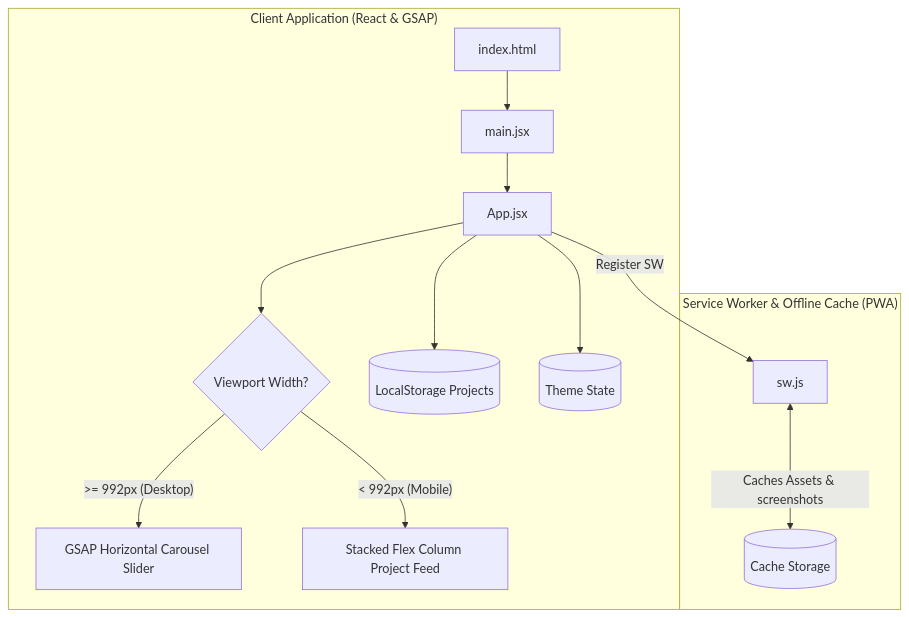
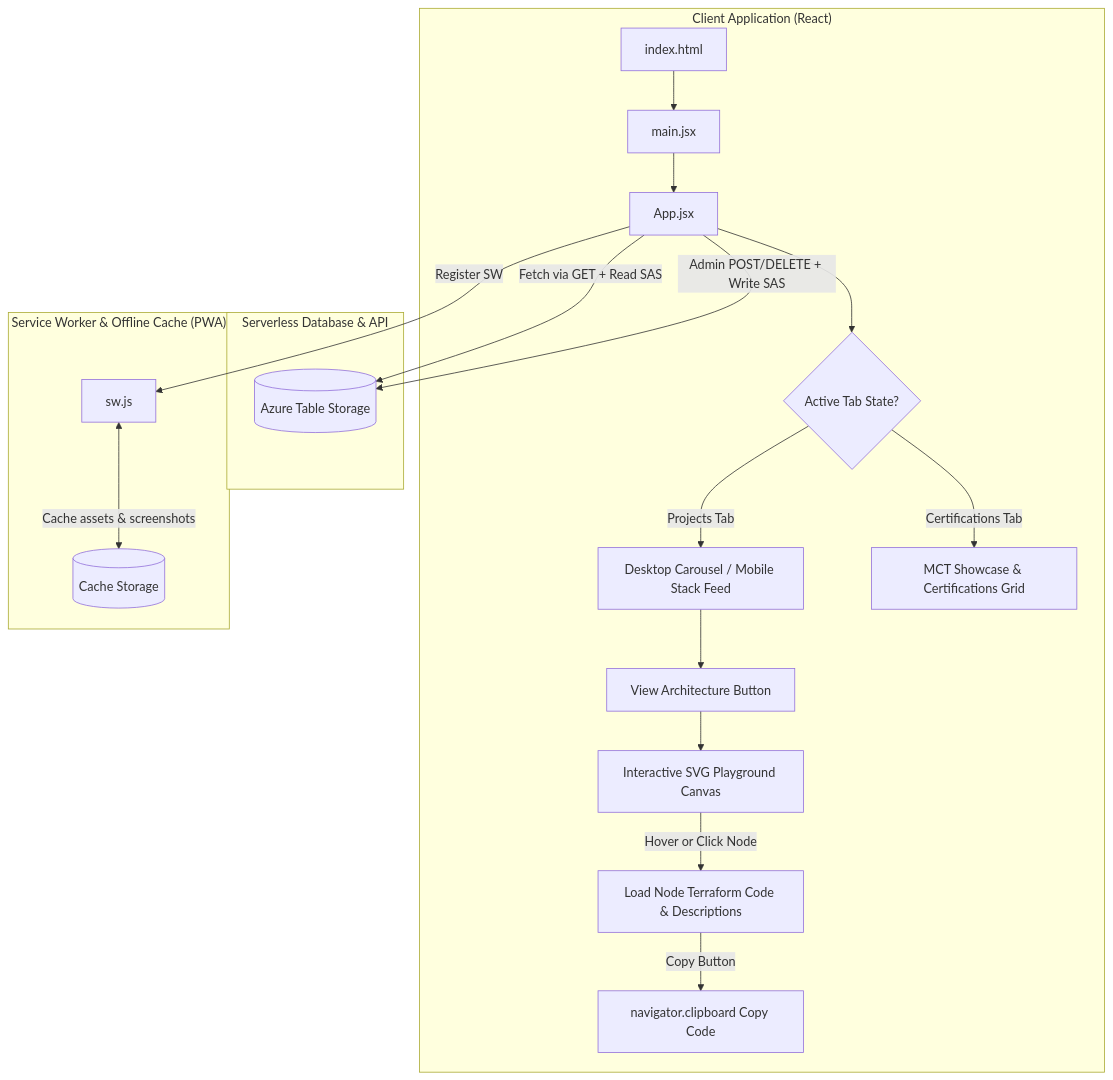
Before and after one commit to ajf013/cruzone: the first of 2 diagrams in README.md, drawn with Mermaid. The commit also changed other lines of this file, not shown here.

Commit message:
docs: update README with MCT showcase, interactive playgrounds, database backend details, and enhanced architecture diagrams

````diff
--- a/README.md
+++ b/README.md
@@ -30,21 +48,29 @@
 ```mermaid
 graph TD
-    subgraph "Client Application (React & GSAP)"
+    subgraph "Client Application (React)"
         A[index.html] --> B[main.jsx]
         B --> C[App.jsx]
-        C --> D{Viewport Width?}
         
-        %% Layout Rendering
-        D -- ">= 992px (Desktop)" --> E[GSAP Horizontal Carousel Slider]
-        D -- "< 992px (Mobile)" --> F[Stacked Flex Column Project Feed]
+        %% Tab Switching
+        C --> D{Active Tab State?}
+        D -- "Projects Tab" --> E[Desktop Carousel / Mobile Stack Feed]
+        D -- "Certifications Tab" --> F[MCT Showcase & Certifications Grid]
         
-        %% State Management
-        C --> G[(LocalStorage Projects)]
-        C --> H[(Theme State)]
+        %% Architecture Modal
+        E --> G[View Architecture Button]
+        G --> H[Interactive SVG Playground Canvas]
+        H --> |Hover or Click Node| I[Load Node Terraform Code & Descriptions]
+        I --> |Copy Button| J[navigator.clipboard Copy Code]
+    end
+
+    subgraph "Serverless Database & API"
+        K[(Azure Table Storage)]
+        C --> |Fetch via GET + Read SAS| K
+        C --> |Admin POST/DELETE + Write SAS| K
     end
 
     subgraph "Service Worker & Offline Cache (PWA)"
-        I[sw.js] <--> |"Caches Assets & screenshots"| J[(Cache Storage)]
-        C --> |Register SW| I
+        L[sw.js] <--> |"Cache assets & screenshots"| M[(Cache Storage)]
+        C --> |Register SW| L
     end
 ```
````
